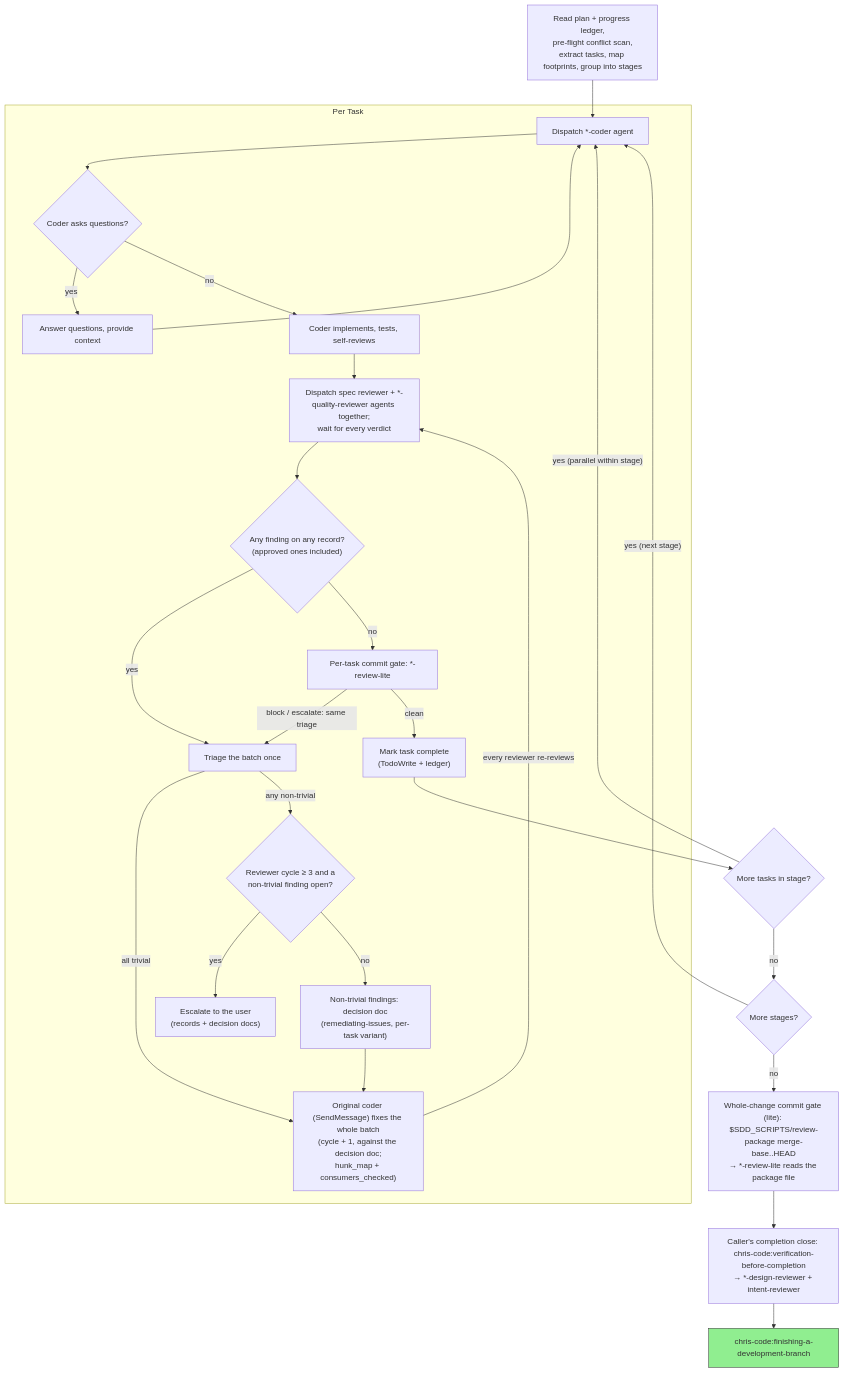
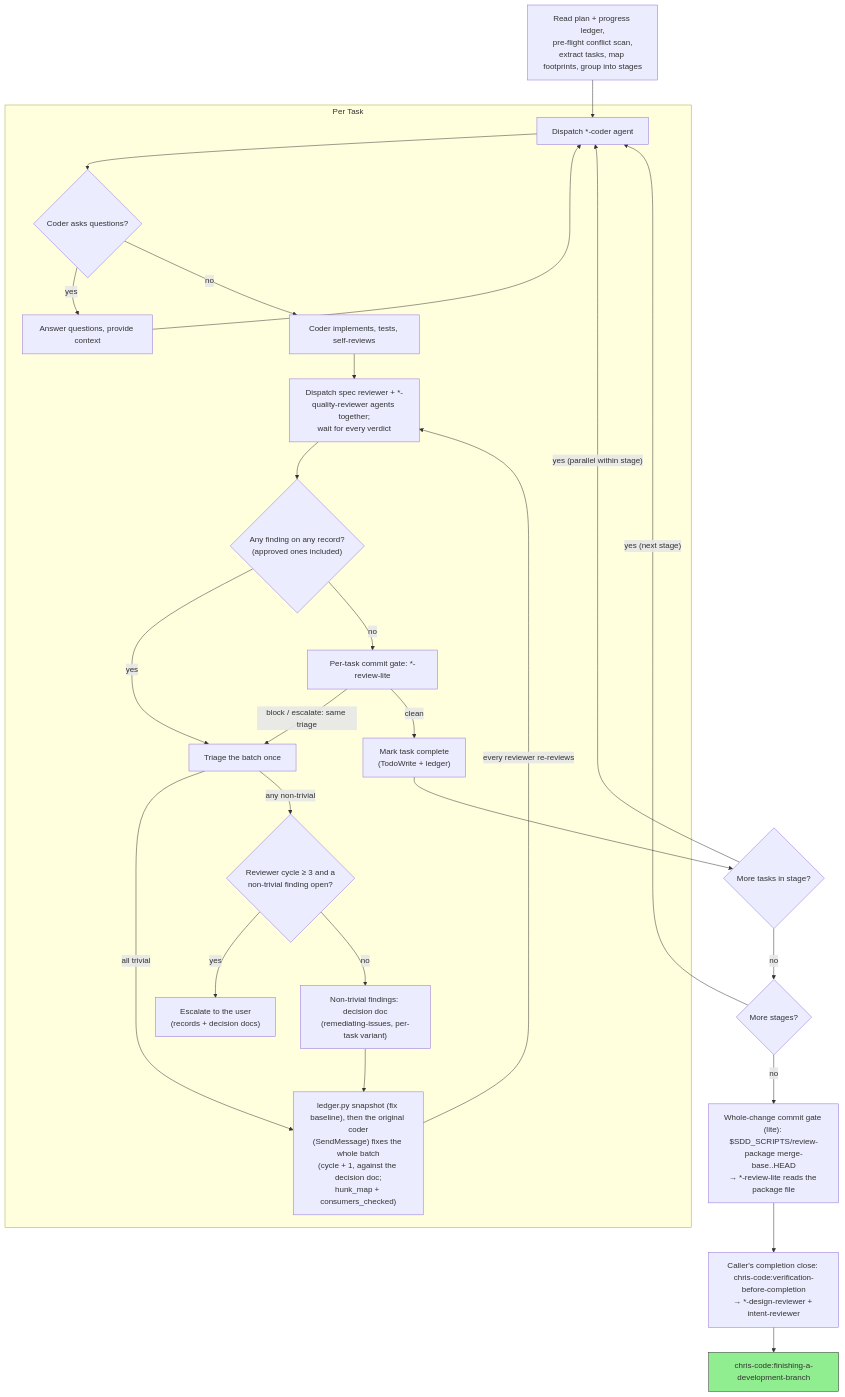
Before and after one commit to chris-santiago/claude-plugins: the diagram in chris-code/skills/subagent-driven-development/SKILL.md, drawn with Mermaid. The commit also changed other lines of this file and 10 other files, not shown here.

````diff
--- a/chris-code/skills/subagent-driven-development/SKILL.md
+++ b/chris-code/skills/subagent-driven-development/SKILL.md
@@ -28,52 +28,52 @@
 ```mermaid
 flowchart TB
     subgraph Per Task
         coder["Dispatch *-coder agent"]
         questions{"Coder asks questions?"}
         answer["Answer questions, provide context"]
         implement["Coder implements, tests, self-reviews"]
         reviews["Dispatch spec reviewer + *-quality-reviewer agents together;<br/>wait for every verdict"]
         reviews_ok{"Any finding on any record?<br/>(approved ones included)"}
         triage["Triage the batch once"]
         cap{"Reviewer cycle ≥ 3 and a<br/>non-trivial finding open?"}
         escalate["Escalate to the user<br/>(records + decision docs)"]
         decision["Non-trivial findings: decision doc<br/>(remediating-issues, per-task variant)"]
-        fix["Original coder (SendMessage) fixes the whole batch<br/>(cycle + 1, against the decision doc;<br/>hunk_map + consumers_checked)"]
+        fix["ledger.py snapshot (fix baseline), then the original coder<br/>(SendMessage) fixes the whole batch<br/>(cycle + 1, against the decision doc;<br/>hunk_map + consumers_checked)"]
         commit_gate["Per-task commit gate: *-review-lite"]
         done["Mark task complete<br/>(TodoWrite + ledger)"]
     end
 
     read["Read plan + progress ledger,<br/>pre-flight conflict scan,<br/>extract tasks, map footprints, group into stages"]
     more_tasks{"More tasks in stage?"}
     more_stages{"More stages?"}
     final_gate["Whole-change commit gate (lite): $SDD_SCRIPTS/review-package merge-base..HEAD<br/>→ *-review-lite reads the package file"]
     verification["Caller's completion close: chris-code:verification-before-completion<br/>→ *-design-reviewer + intent-reviewer"]
     finish["chris-code:finishing-a-development-branch"]:::finish
 
     read --> coder
     coder --> questions
     questions -->|yes| answer
     answer --> coder
     questions -->|no| implement
     implement --> reviews
     reviews --> reviews_ok
     reviews_ok -->|yes| triage
     triage -->|all trivial| fix
     triage -->|any non-trivial| cap
     cap -->|yes| escalate
     cap -->|no| decision
     decision --> fix
     fix -->|"every reviewer re-reviews"| reviews
     reviews_ok -->|no| commit_gate
     commit_gate -->|"block / escalate: same triage"| triage
     commit_gate -->|clean| done
     done --> more_tasks
     more_tasks -->|"yes (parallel within stage)"| coder
     more_tasks -->|no| more_stages
     more_stages -->|"yes (next stage)"| coder
     more_stages -->|no| final_gate
     final_gate --> verification
     verification --> finish
 
     classDef finish fill:#90EE90,stroke:#333
 ```
````
